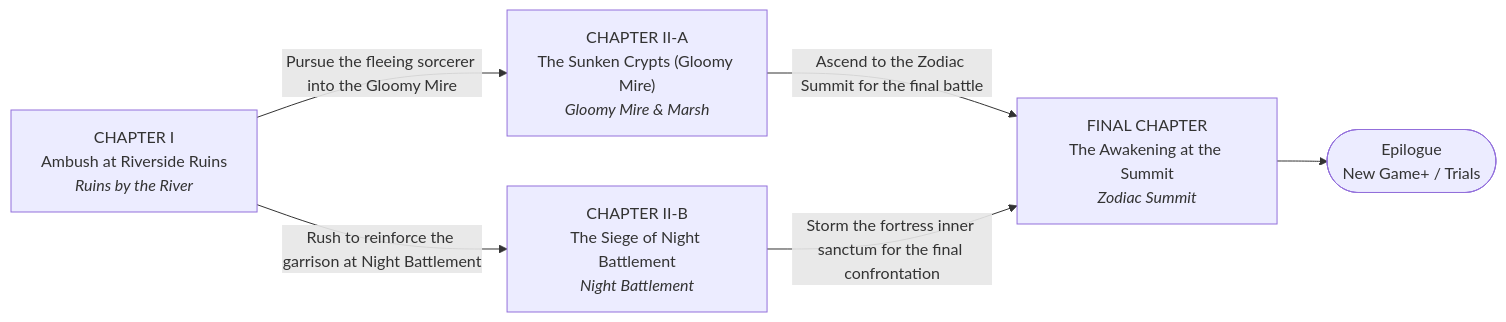
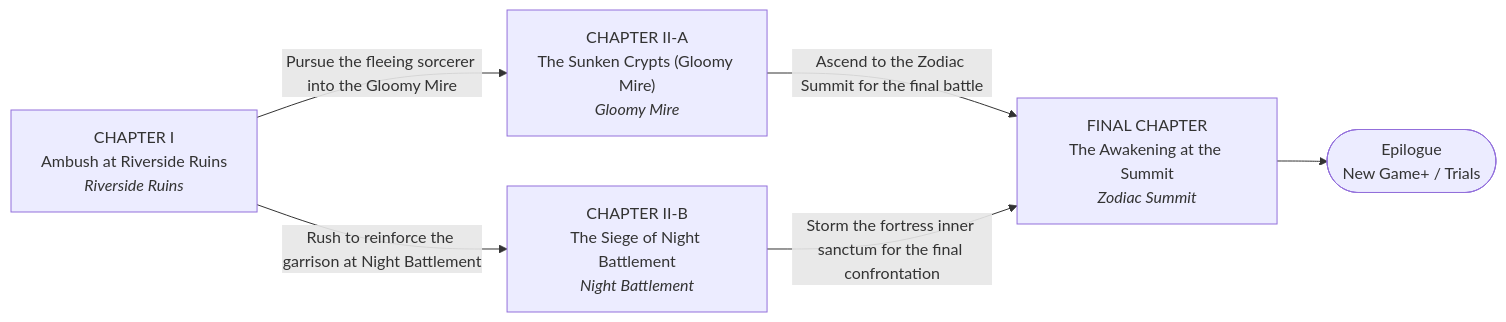
One commit to CptNope/Chess-RPG-Tactics changed the third of 3 diagrams in docs/CONTENT_REFERENCE.md. Above: the diagram before and after it, drawn with Mermaid. The commit also changed other lines of this file and 7 other files, not shown here.

````diff
--- a/docs/CONTENT_REFERENCE.md
+++ b/docs/CONTENT_REFERENCE.md
@@ -253,13 +251,13 @@
 ```mermaid
 flowchart LR
-  chapter_1["CHAPTER I<br/>Ambush at Riverside Ruins<br/><i>Ruins by the River</i>"]
-  chapter_2a["CHAPTER II-A<br/>The Sunken Crypts (Gloomy Mire)<br/><i>Gloomy Mire & Marsh</i>"]
+  chapter_1["CHAPTER I<br/>Ambush at Riverside Ruins<br/><i>Riverside Ruins</i>"]
+  chapter_2a["CHAPTER II-A<br/>The Sunken Crypts (Gloomy Mire)<br/><i>Gloomy Mire</i>"]
   chapter_2b["CHAPTER II-B<br/>The Siege of Night Battlement<br/><i>Night Battlement</i>"]
   chapter_3["FINAL CHAPTER<br/>The Awakening at the Summit<br/><i>Zodiac Summit</i>"]
   epilogue(["Epilogue<br/>New Game+ / Trials"])
   chapter_1 -->|"Pursue the fleeing sorcerer into the Gloomy Mire"| chapter_2a
   chapter_1 -->|"Rush to reinforce the garrison at Night Battlement"| chapter_2b
   chapter_2a -->|"Ascend to the Zodiac Summit for the final battle"| chapter_3
   chapter_2b -->|"Storm the fortress inner sanctum for the final confrontation"| chapter_3
   chapter_3 --> epilogue
 ```
````
